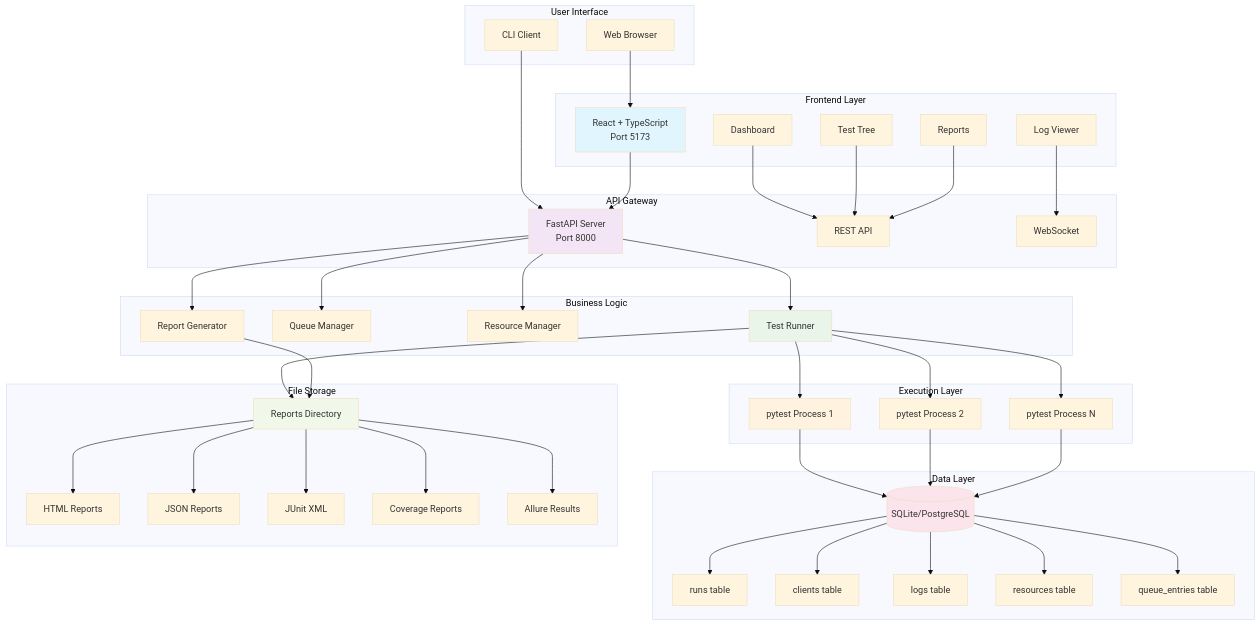
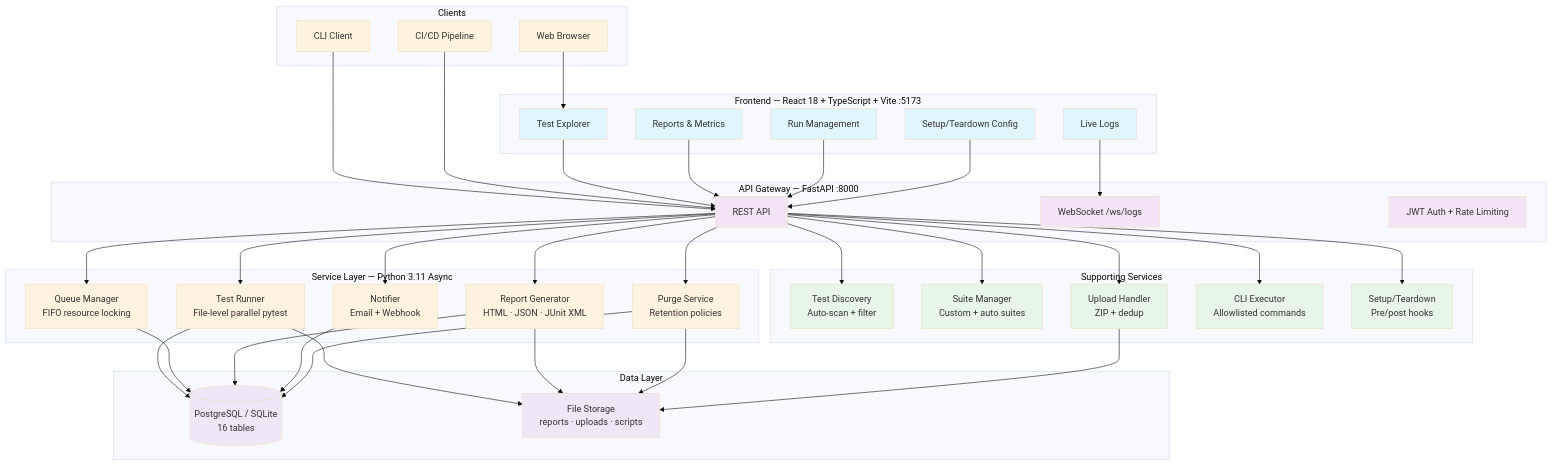
Before and after one commit to AdinarayanaAnde/DistributedVerificationPlatform: the diagram in README.md, drawn with Mermaid (base theme). The commit also changed other lines of this file, not shown here.

Commit message:
docs: update README architecture diagram to match full platform capabilities
- Add CI/CD Pipeline as third client type
- Add all services: Notifier, Purge, Queue Manager (FIFO), Auth
- Add supporting services: Discovery, Suites, Upload, CLI Exec, Setup/Teardown
- Update data layer: 16 tables, file storage (reports + uploads + scripts)
- Add link to detailed ARCHITECTURE.md with sequence diagrams
- Color-coded by tier: frontend (blue), API (purple), services (orange),
  supporting (green), data (violet)

````diff
--- a/README.md
+++ b/README.md
@@ -68,96 +68,95 @@
 ```mermaid
 graph TB
-    subgraph "User Interface"
+    subgraph "Clients"
         A[Web Browser]
         B[CLI Client]
+        B2[CI/CD Pipeline]
     end
-    
-    subgraph "Frontend Layer"
-        C[React + TypeScript<br/>Port 5173]
-        C1[Dashboard]
-        C2[Test Tree]
-        C3[Log Viewer]
-        C4[Reports]
+
+    subgraph "Frontend — React 18 + TypeScript + Vite :5173"
+        C1[Test Explorer]
+        C2[Live Logs]
+        C3[Reports & Metrics]
+        C4[Run Management]
+        C5[Setup/Teardown Config]
     end
-    
-    subgraph "API Gateway"
-        D[FastAPI Server<br/>Port 8000]
+
+    subgraph "API Gateway — FastAPI :8000"
         D1[REST API]
-        D2[WebSocket]
+        D2[WebSocket /ws/logs]
+        D3[JWT Auth + Rate Limiting]
     end
-    
-    subgraph "Business Logic"
-        E[Test Runner]
-        F[Queue Manager]
-        G[Resource Manager]
-        H[Report Generator]
+
+    subgraph "Service Layer — Python 3.11 Async"
+        E1[Test Runner<br/>File-level parallel pytest]
+        E2[Queue Manager<br/>FIFO resource locking]
+        E3[Report Generator<br/>HTML · JSON · JUnit XML]
+        E4[Notifier<br/>Email + Webhook]
+        E5[Purge Service<br/>Retention policies]
     end
-    
-    subgraph "Execution Layer"
-        I[pytest Process 1]
-        J[pytest Process 2]
-        K[pytest Process N]
+
+    subgraph "Supporting Services"
+        F1[Test Discovery<br/>Auto-scan + filter]
+        F2[Suite Manager<br/>Custom + auto suites]
+        F3[Upload Handler<br/>ZIP + dedup]
+        F4[CLI Executor<br/>Allowlisted commands]
+        F5[Setup/Teardown<br/>Pre/post hooks]
     end
-    
+
     subgraph "Data Layer"
-        L[(SQLite/PostgreSQL)]
-        L1[runs table]
-        L2[clients table]
-        L3[logs table]
-        L4[resources table]
-        L5[queue_entries table]
+        G[(PostgreSQL / SQLite<br/>16 tables)]
+        H[File Storage<br/>reports · uploads · scripts]
     end
-    
-    subgraph "File Storage"
-        M[Reports Directory]
-        M1[HTML Reports]
-        M2[JSON Reports]
-        M3[JUnit XML]
-        M4[Coverage Reports]
-        M5[Allure Results]
-    end
-    
-    A --> C
-    B --> D
-    
-    C --> D
+
+    A --> C1
+    B --> D1
+    B2 --> D1
+
     C1 --> D1
-    C2 --> D1
-    C3 --> D2
+    C2 --> D2
+    C3 --> D1
     C4 --> D1
-    
-    D --> E
-    D --> F
-    D --> G
-    D --> H
-    
-    E --> I
-    E --> J
-    E --> K
-    
-    I --> L
-    J --> L
-    K --> L
-    
-    E --> M
-    H --> M
-    
-    L --> L1
-    L --> L2
-    L --> L3
-    L --> L4
-    L --> L5
-    
-    M --> M1
-    M --> M2
-    M --> M3
-    M --> M4
-    M --> M5
-    
-    style C fill:#e1f5fe
-    style D fill:#f3e5f5
-    style E fill:#e8f5e8
-    style I fill:#fff3e0
-    style L fill:#fce4ec
-    style M fill:#f1f8e9
+    C5 --> D1
+
+    D1 --> E1
+    D1 --> E2
+    D1 --> E3
+    D1 --> E4
+    D1 --> F1
+    D1 --> F2
+    D1 --> F3
+    D1 --> F4
+    D1 --> F5
+    D1 --> E5
+
+    E1 --> G
+    E1 --> H
+    E2 --> G
+    E3 --> G
+    E3 --> H
+    E4 --> G
+    E5 --> G
+    E5 --> H
+    F3 --> H
+
+    style C1 fill:#e1f5fe
+    style C2 fill:#e1f5fe
+    style C3 fill:#e1f5fe
+    style C4 fill:#e1f5fe
+    style C5 fill:#e1f5fe
+    style D1 fill:#f3e5f5
+    style D2 fill:#f3e5f5
+    style D3 fill:#f3e5f5
+    style E1 fill:#fff3e0
+    style E2 fill:#fff3e0
+    style E3 fill:#fff3e0
+    style E4 fill:#fff3e0
+    style E5 fill:#fff3e0
+    style F1 fill:#e8f5e9
+    style F2 fill:#e8f5e9
+    style F3 fill:#e8f5e9
+    style F4 fill:#e8f5e9
+    style F5 fill:#e8f5e9
+    style G fill:#ede7f6
+    style H fill:#ede7f6
 ```
````
